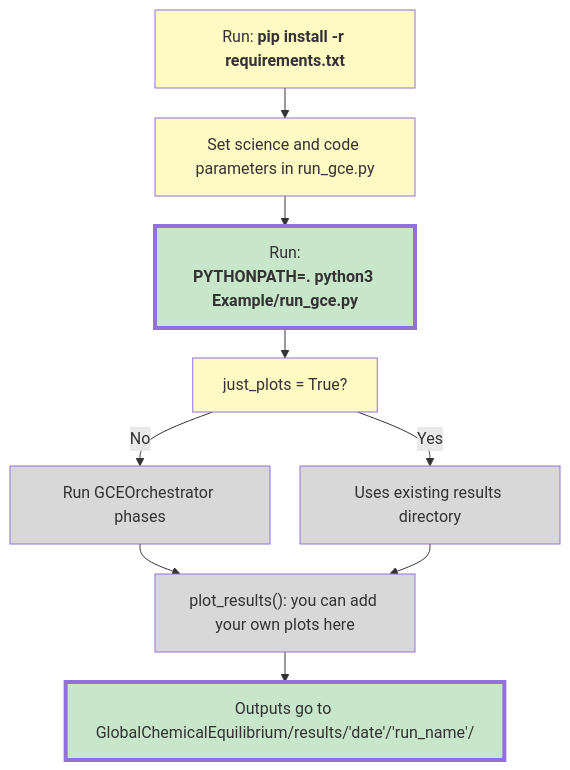
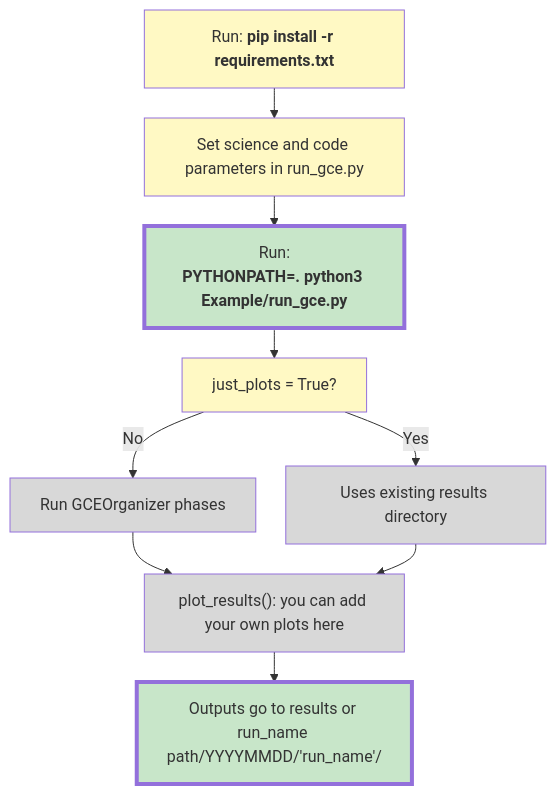
Before and after one commit to ExoInteriors/GlobalChemicalEquilibrium_Release: the diagram in Example/WORKFLOW.md, drawn with Mermaid. The commit also changed 12 other files, not shown here.

````diff
--- a/Example/WORKFLOW.md
+++ b/Example/WORKFLOW.md
@@ -3,26 +3,26 @@
 ```mermaid
 ---
 config:
   layout: dagre
   flowchart:
     nodeSpacing: 30
     rankSpacing: 30
 ---
 flowchart TB
     A1["Run: <b>pip install -r requirements.txt"] --> A
     A["Set science and code parameters in run_gce.py"] --> B["Run:<b><br>PYTHONPATH=. python3 Example/run_gce.py"]
     B --> n1["just_plots = True?"]
     n1 -- Yes --> J["Uses existing results directory"]
-    n1 -- No --> D["Run GCEOrchestrator phases"]
+    n1 -- No --> D["Run GCEOrganizer phases"]
     D --> I["plot_results(): you can add your own plots here"]
     J --> I
-    I --> K@{ label: "Outputs go to GlobalChemicalEquilibrium/results/'date'/'run_name'/" }
+    I --> K@{ label: "Outputs go to results or run_name path/YYYYMMDD/'run_name'/" }
     style A fill:#FFF9C4
     style A1 fill:#FFF9C4
     style B fill:#C8E6C9,stroke-width:4px
     style n1 fill:#FFF9C4
     style J fill:#d8d8d8
     style D fill:#d8d8d8
     style I fill:#d8d8d8
     style K stroke-width:4px,fill:#C8E6C9
 ```
````
